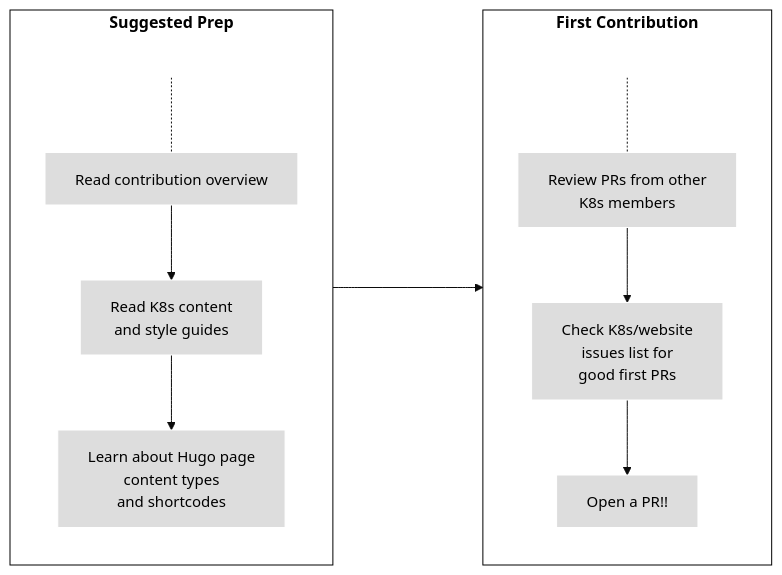
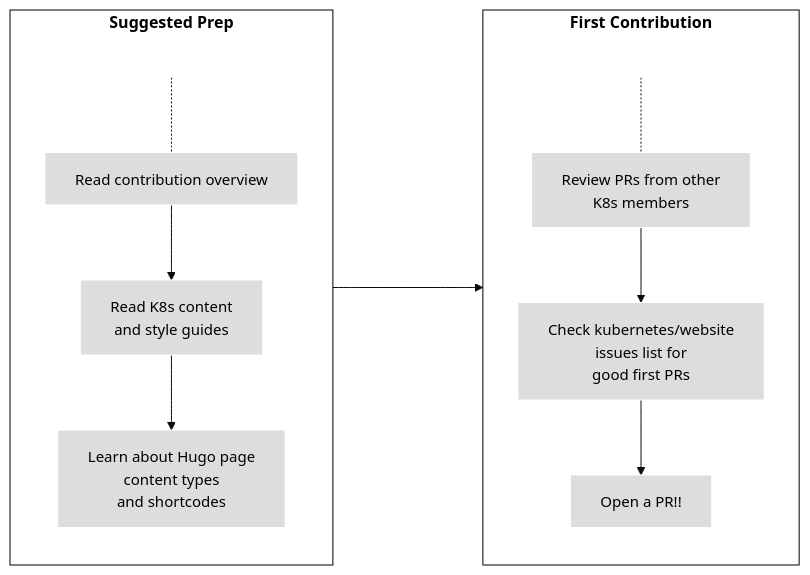
The second of 2 diagrams in content/en/docs/contribute/_index.md (KimSJ15/kubernetes_website), drawn with Mermaid (base theme) before and after one commit. The commit also changed other lines of this file and 4 other files, not shown here.

```diff
--- a/content/en/docs/contribute/_index.md
+++ b/content/en/docs/contribute/_index.md
@@ -120,26 +120,26 @@
 {{< mermaid >}}
 flowchart LR
     subgraph second[First Contribution]
     direction TB
     S[ ] -.-
     G[Review PRs from other<br>K8s members] -->
-    A[Check K8s/website<br>issues list for<br>good first PRs] --> B[Open a PR!!]
+    A[Check kubernetes/website<br>issues list for<br>good first PRs] --> B[Open a PR!!]
     end
     subgraph first[Suggested Prep]
     direction TB
        T[ ] -.-
        D[Read contribution overview] -->E[Read K8s content<br>and style guides]
        E --> F[Learn about Hugo page<br>content types<br>and shortcodes]
     end
     
 
     first ----> second
      
 
 classDef grey fill:#dddddd,stroke:#ffffff,stroke-width:px,color:#000000, font-size:15px;
 classDef white fill:#ffffff,stroke:#000,stroke-width:px,color:#000,font-weight:bold
 classDef spacewhite fill:#ffffff,stroke:#fff,stroke-width:0px,color:#000
 class A,B,D,E,F,G grey
 class S,T spacewhite
 class first,second white
 {{</ mermaid >}}
```
